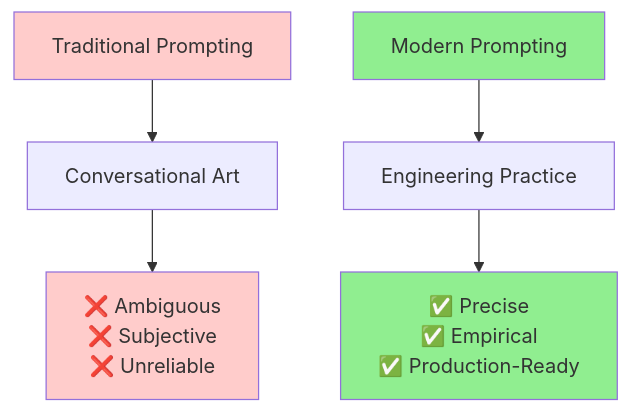
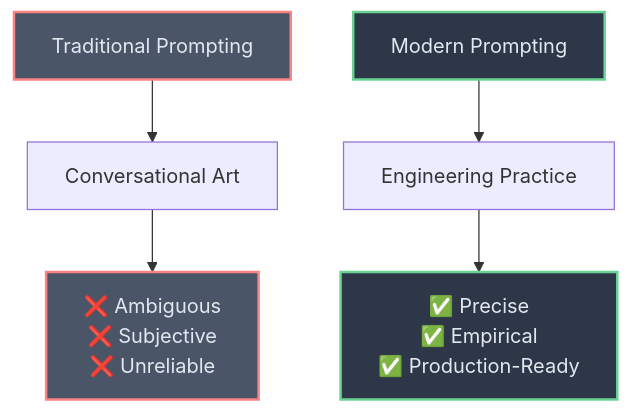
The first of 4 diagrams in Part_I_Section_1_Foundational_Principles_of_Modern_Prompting.md (josemlopez/prompt_tutorial), drawn with Mermaid before and after one commit. The commit also changed other lines of this file and 7 other files, not shown here.

````diff
--- a/Part_I_Section_1_Foundational_Principles_of_Modern_Prompting.md
+++ b/Part_I_Section_1_Foundational_Principles_of_Modern_Prompting.md
@@ -8,13 +8,13 @@
 ```mermaid
 graph TB
     A[Traditional Prompting] --> B[Conversational Art]
     C[Modern Prompting] --> D[Engineering Practice]
     
     B --> E[❌ Ambiguous<br/>❌ Subjective<br/>❌ Unreliable]
     D --> F[✅ Precise<br/>✅ Empirical<br/>✅ Production-Ready]
     
-    style A fill:#ffcccb
-    style C fill:#90EE90
-    style E fill:#ffcccb
-    style F fill:#90EE90
+    style A fill:#4a5568,stroke:#fc8181,stroke-width:2px,color:#e2e8f0
+    style C fill:#2d3748,stroke:#68d391,stroke-width:2px,color:#e2e8f0
+    style E fill:#4a5568,stroke:#fc8181,stroke-width:2px,color:#e2e8f0
+    style F fill:#2d3748,stroke:#68d391,stroke-width:2px,color:#e2e8f0
 ```
````
